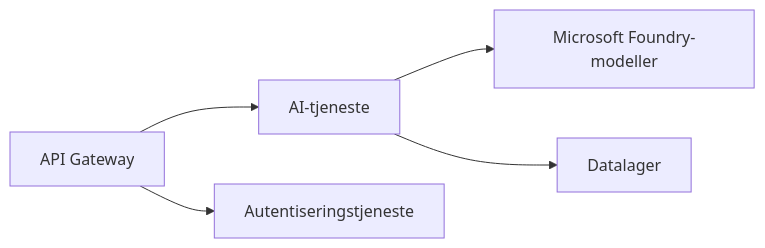
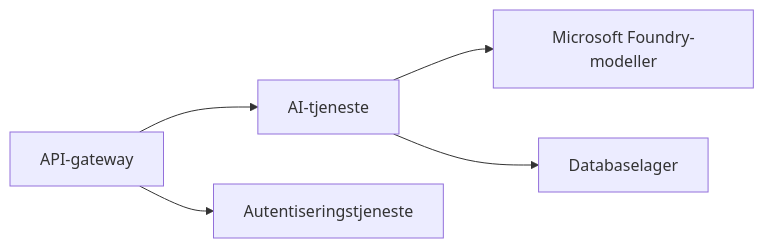
The first of 2 diagrams in translations/no/docs/chapter-08-production/README.md (microsoft/AZD-for-beginners), drawn with Mermaid before and after one commit. The commit also changed other lines of this file and 101 other files, not shown here.

````diff
--- a/translations/no/docs/chapter-08-production/README.md
+++ b/translations/no/docs/chapter-08-production/README.md
@@ -46,6 +48,6 @@
 ```mermaid
 graph LR
-    Gateway[API Gateway] --> AI[AI-tjeneste] --> Models[Microsoft Foundry-modeller]
+    Gateway[API-gateway] --> AI[AI-tjeneste] --> Models[Microsoft Foundry-modeller]
     Gateway --> Auth[Autentiseringstjeneste]
-    AI --> Data[Datalager]
+    AI --> Data[Databaselager]
 ```
````
